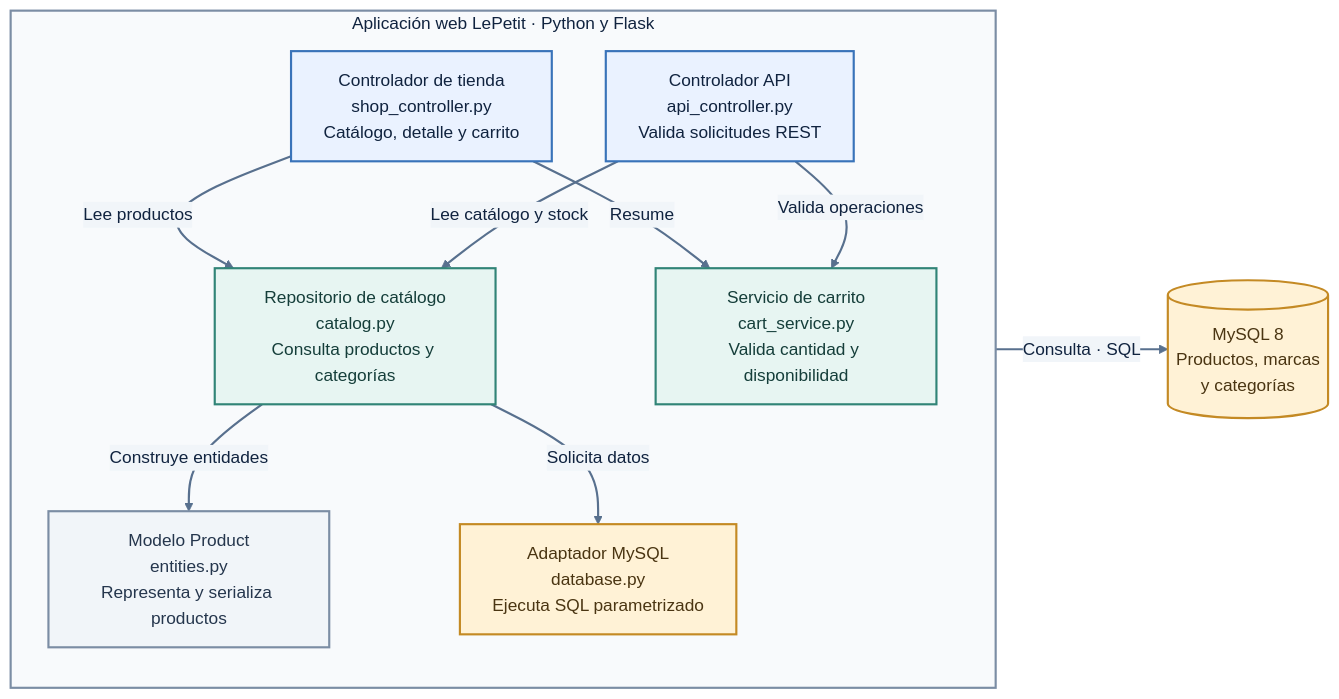
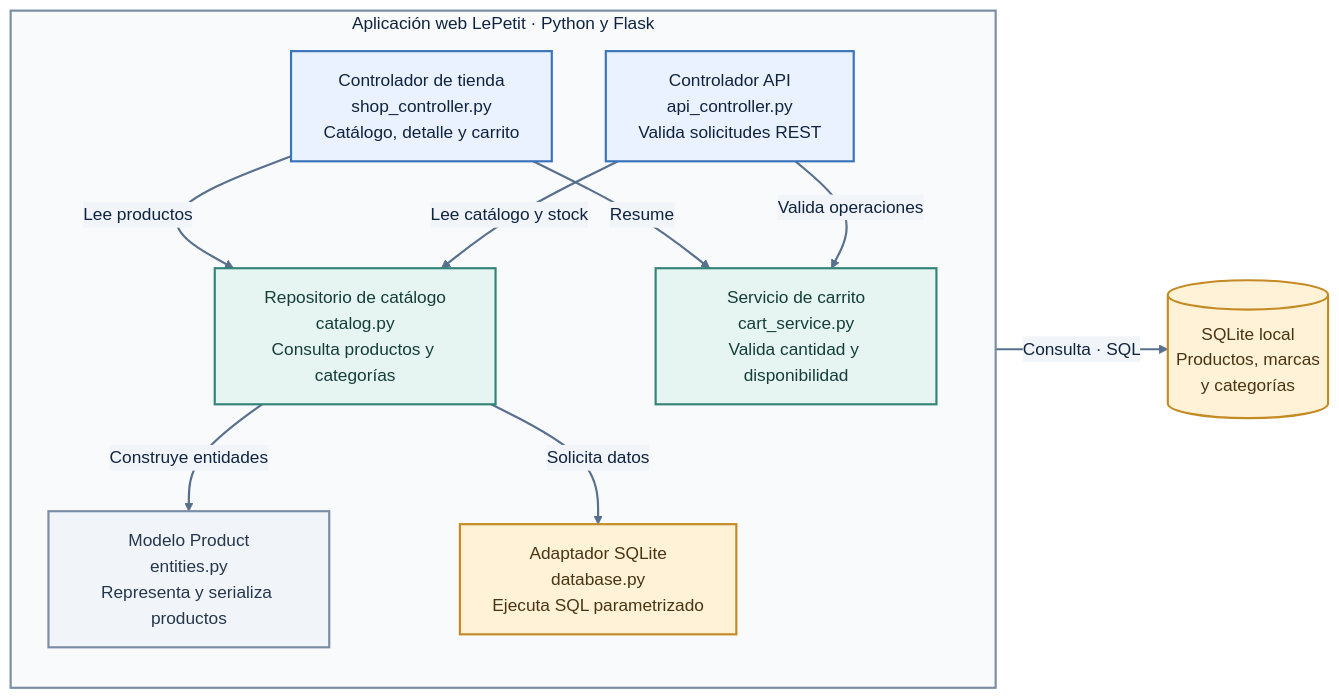
One commit to Juan2351/Tech_e-commerce changed the diagram in docs/diagramas/C3-componentes.mmd. Above: the diagram before and after it, drawn with Mermaid. The commit also changed 6 other files, not shown here.

```diff
--- a/docs/diagramas/C3-componentes.mmd
+++ b/docs/diagramas/C3-componentes.mmd
@@ -1,32 +1,32 @@
 %%{init: {"theme":"base","themeVariables":{"fontFamily":"Aptos, Segoe UI, Arial, sans-serif","fontSize":"16px","primaryColor":"#EAF2FF","primaryTextColor":"#10233F","primaryBorderColor":"#3973B9","lineColor":"#58708E","secondaryColor":"#F1F5F9","tertiaryColor":"#E7F5F2","background":"#FFFFFF","mainBkg":"#FFFFFF","textColor":"#10233F"}}}%%
 flowchart LR
     subgraph backend["Aplicación web LePetit · Python y Flask"]
         direction TB
         tienda["Controlador de tienda<br/>shop_controller.py<br/>Catálogo, detalle y carrito"]
         api["Controlador API<br/>api_controller.py<br/>Valida solicitudes REST"]
         carrito["Servicio de carrito<br/>cart_service.py<br/>Valida cantidad y disponibilidad"]
         catalogo["Repositorio de catálogo<br/>catalog.py<br/>Consulta productos y categorías"]
         producto["Modelo Product<br/>entities.py<br/>Representa y serializa productos"]
-        database["Adaptador MySQL<br/>database.py<br/>Ejecuta SQL parametrizado"]
+        database["Adaptador SQLite<br/>database.py<br/>Ejecuta SQL parametrizado"]
 
         tienda -->|"Lee productos"| catalogo
         tienda -->|"Resume"| carrito
         api -->|"Valida operaciones"| carrito
         api -->|"Lee catálogo y stock"| catalogo
         catalogo -->|"Construye entidades"| producto
         catalogo -->|"Solicita datos"| database
     end
 
-    mysql[("MySQL 8<br/>Productos, marcas<br/>y categorías")]
-    database -->|"Consulta · SQL"| mysql
+    sqlite[("SQLite local<br/>Productos, marcas<br/>y categorías")]
+    database -->|"Consulta · SQL"| sqlite
 
     classDef controller fill:#EAF2FF,stroke:#3973B9,color:#10233F,stroke-width:2px,font-size:16px;
     classDef service fill:#E7F5F2,stroke:#318477,color:#153E3A,stroke-width:2px,font-size:16px;
     classDef model fill:#F1F5F9,stroke:#7B8DA4,color:#25364D,stroke-width:2px,font-size:16px;
     classDef dbcomponent fill:#FFF2D6,stroke:#C48A24,color:#4A3512,stroke-width:2px,font-size:16px;
     class tienda,api controller;
     class carrito,catalogo service;
     class producto model;
-    class database,mysql dbcomponent;
+    class database,sqlite dbcomponent;
     style backend fill:#F8FAFC,stroke:#7B8DA4,stroke-width:2px,color:#10233F
     linkStyle default stroke:#58708E,stroke-width:2px;
```
